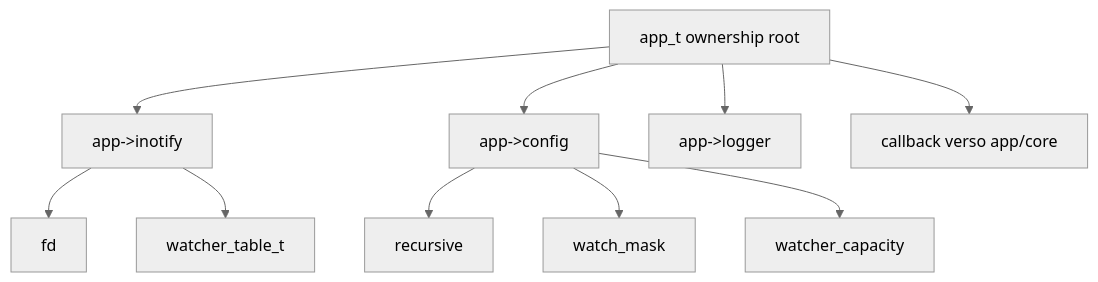
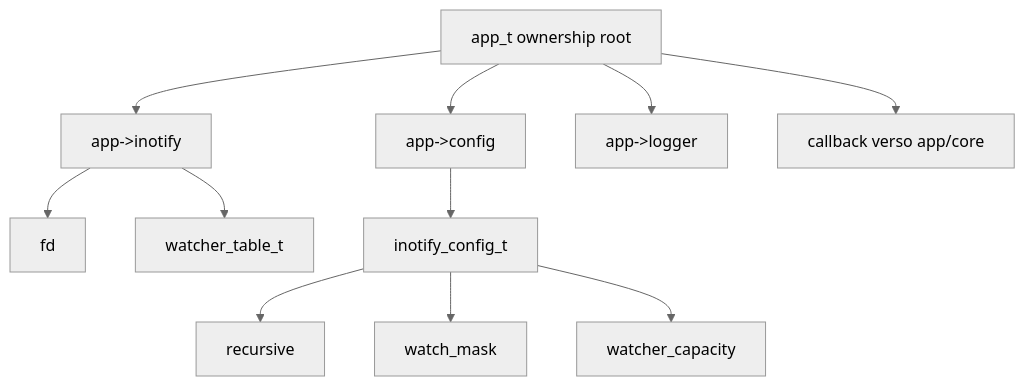
One commit to kinderp/alfred changed the sixth of 17 diagrams in docs/it/16-mappa-codice-e-strutture.md. Above: the diagram before and after it, drawn with Mermaid (neutral theme). The commit also changed other lines of this file and 11 other files, not shown here.

First line of the commit message:
refactor: split inotify backend config

````diff
--- a/docs/it/16-mappa-codice-e-strutture.md
+++ b/docs/it/16-mappa-codice-e-strutture.md
@@ -228,13 +228,14 @@
 ```mermaid
 flowchart TD
     A["app_t ownership root"] --> B["app->inotify"]
     A --> C["app->config"]
     A --> D["app->logger"]
     A --> E["callback verso app/core"]
 
     B --> B1["fd"]
     B --> B2["watcher_table_t"]
-    C --> C1["recursive"]
-    C --> C2["watch_mask"]
-    C --> C3["watcher_capacity"]
+    C --> C0["inotify_config_t"]
+    C0 --> C1["recursive"]
+    C0 --> C2["watch_mask"]
+    C0 --> C3["watcher_capacity"]
 ```
````
